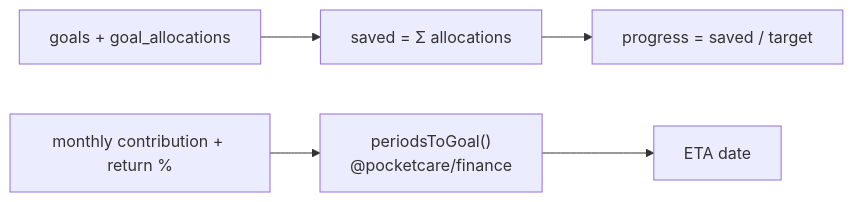
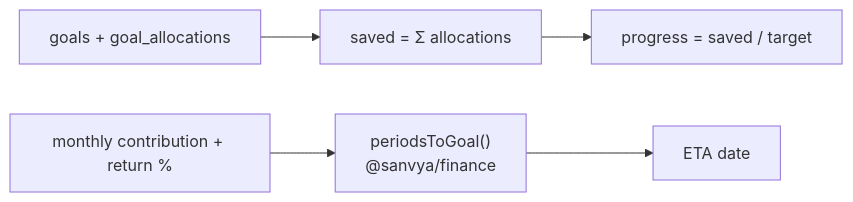
Before and after one commit to replyto-pocketcare/pocketcare-app: the second of 2 diagrams in docs/features/goals.md, drawn with Mermaid. The commit also changed other lines of this file and 451 other files, not shown here.

Commit message:
refactor: Rename SanvyaSchema and sanvya.db to PocketCareSchema and pocketcare.db

````diff
--- a/docs/features/goals.md
+++ b/docs/features/goals.md
@@ -18,7 +18,7 @@
 ```mermaid
 flowchart LR
     Goal["goals + goal_allocations"] --> Saved["saved = Σ allocations"]
     Saved --> Prog["progress = saved / target"]
-    Contrib["monthly contribution + return %"] --> Proj["periodsToGoal()\n@pocketcare/finance"]
+    Contrib["monthly contribution + return %"] --> Proj["periodsToGoal()\n@sanvya/finance"]
     Proj --> ETA["ETA date"]
 ```
````
